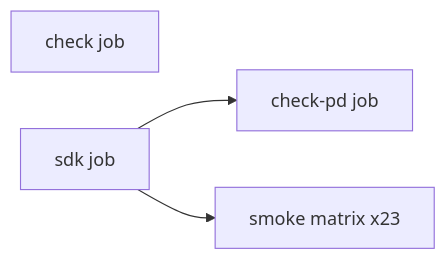
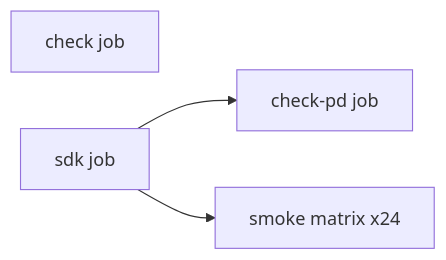
Before and after one commit to julerex/lerux: the diagram in docs/ci.md, drawn with Mermaid. The commit also changed other lines of this file and 21 other files, not shown here.

````diff
--- a/docs/ci.md
+++ b/docs/ci.md
@@ -12,9 +12,9 @@
 ```mermaid
 flowchart LR
   check[check job]
   sdk[sdk job]
   checkPd[check-pd job]
-  smoke[smoke matrix x23]
+  smoke[smoke matrix x24]
   sdk --> checkPd
   sdk --> smoke
 ```
````
